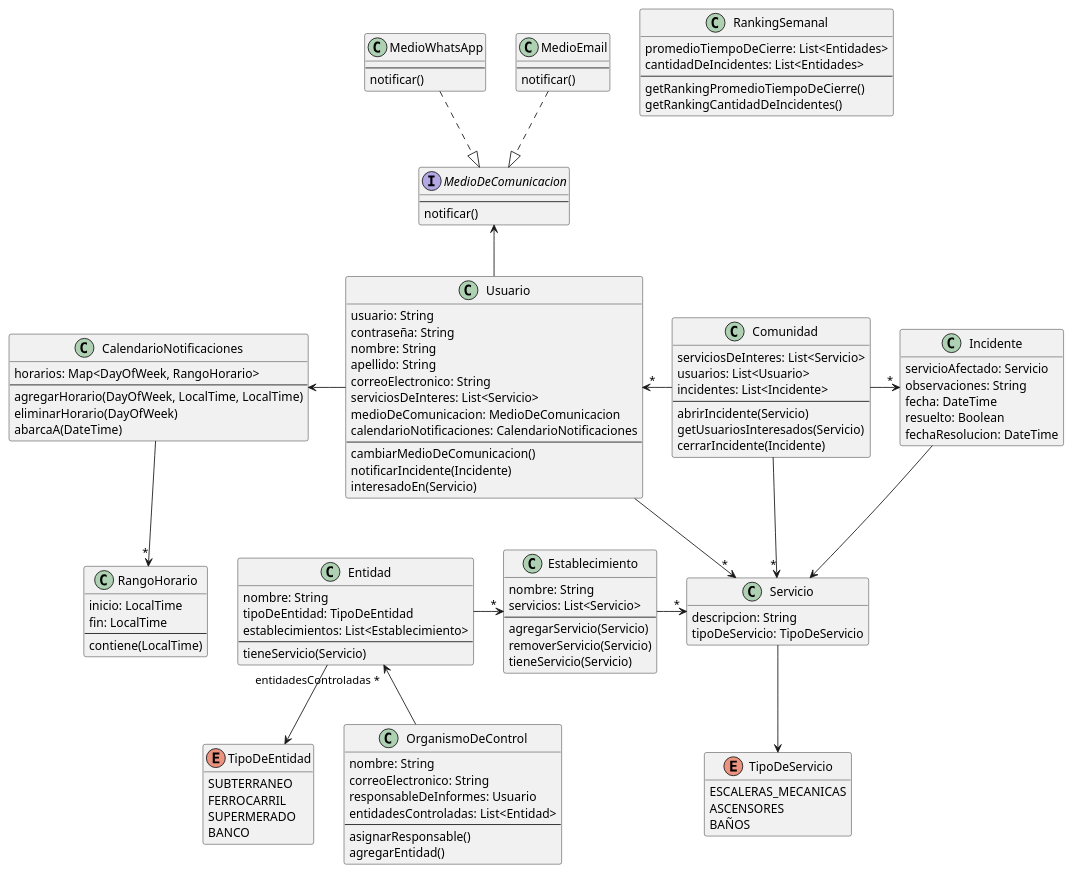
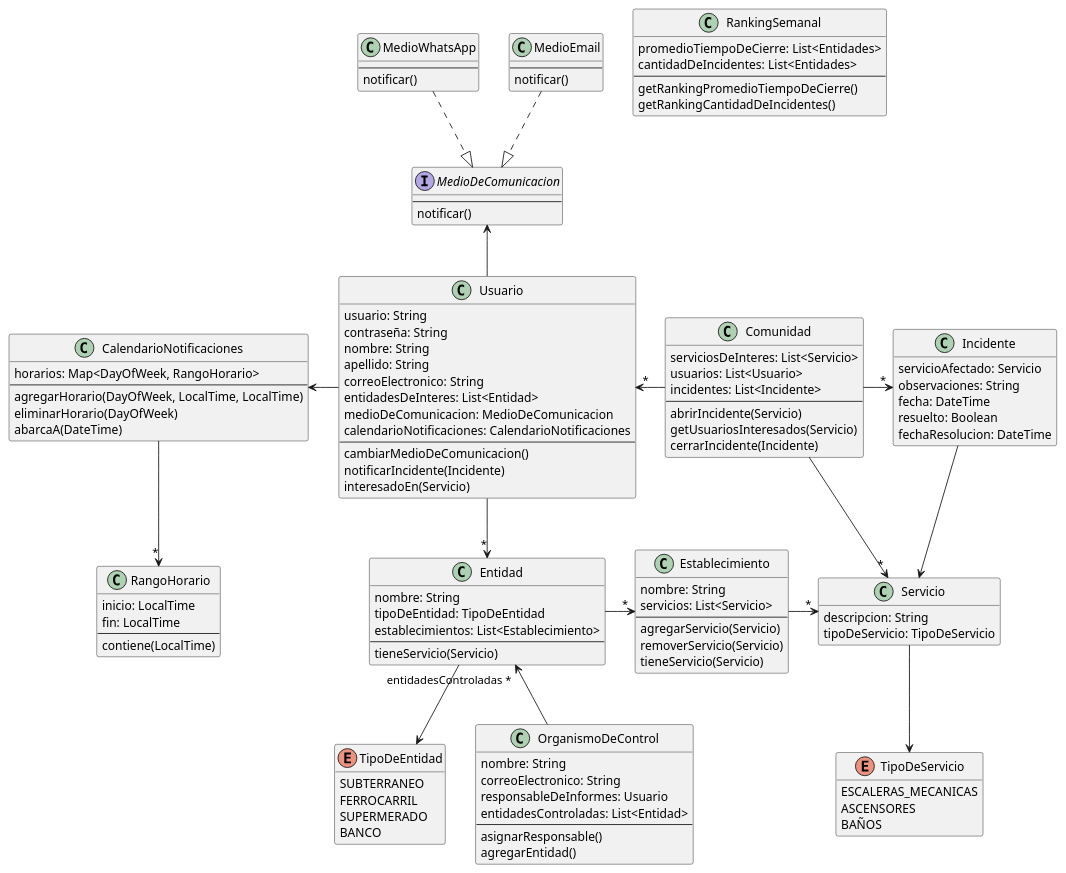
The diagram in docs/entrega-3/clases_mm.puml (ValenAquino/tp-dds-2023), drawn with PlantUML before and after one commit. The commit also changed 1 other file, not shown here.

Commit message:
refactor(usuario): cambiar serviciosDeInteres por entidadesDeInteres

```diff
--- a/docs/entrega-3/clases_mm.puml
+++ b/docs/entrega-3/clases_mm.puml
@@ -1,159 +1,159 @@
 @startuml TPA3-Clases
 
 hide empty members
 
 ' Supermercado, Centro Comunal, Banco, ...
 class Entidad {
   nombre: String
   ' localizacion: Localizacion
   tipoDeEntidad: TipoDeEntidad
   establecimientos: List<Establecimiento>
   --
   tieneServicio(Servicio)
 }
 
 ' Sucursal, Estacion, ...
 class Establecimiento {
   nombre: String
   servicios: List<Servicio>
   --
   agregarServicio(Servicio)
   removerServicio(Servicio)
   tieneServicio(Servicio)
 }
 
 class Servicio {
   descripcion: String
   tipoDeServicio: TipoDeServicio
 }
 
 enum TipoDeServicio {
   ESCALERAS_MECANICAS
   ASCENSORES
   BAÑOS
 }
 
 enum TipoDeEntidad {
   SUBTERRANEO
   FERROCARRIL
   SUPERMERADO
   BANCO
 }
 
 class Usuario {
   usuario: String
   contraseña: String
   nombre: String
   apellido: String
   correoElectronico: String
-  serviciosDeInteres: List<Servicio>
+  entidadesDeInteres: List<Entidad>
   ' localizacion: Localizacion
   medioDeComunicacion: MedioDeComunicacion
   calendarioNotificaciones: CalendarioNotificaciones
   --
   cambiarMedioDeComunicacion()
   notificarIncidente(Incidente)
   interesadoEn(Servicio)
 }
 
 class RangoHorario {
   inicio: LocalTime
   fin: LocalTime
   --
   contiene(LocalTime)
 }
 
 class CalendarioNotificaciones {
   horarios: Map<DayOfWeek, RangoHorario>
   --
   agregarHorario(DayOfWeek, LocalTime, LocalTime)
   eliminarHorario(DayOfWeek)
   abarcaA(DateTime)
 }
 
 interface MedioDeComunicacion {
   --
   notificar()
 }
 class MedioWhatsApp {
   --
   notificar()
 }
 class MedioEmail {
   --
   notificar()
 }
 
 /'
 class Localizacion {
   nombre: String
   latitud: Double
   longitud: Double
   tipoDeLocalizacion: TipoDeLocalizacion
 }
 
 enum TipoDeLocalizacion {
   DEPARTAMENTO
   MUNICIPIO
   PROVINCIA
 }
 '/
 
 class OrganismoDeControl {
   nombre: String
   correoElectronico: String
   responsableDeInformes: Usuario
   entidadesControladas: List<Entidad>
   --
   asignarResponsable()
   agregarEntidad()
 }
 
 class Incidente {
   servicioAfectado: Servicio
   observaciones: String
   fecha: DateTime
   resuelto: Boolean
   fechaResolucion: DateTime
 }
 
 class Comunidad {
   serviciosDeInteres: List<Servicio>
   usuarios: List<Usuario>
   incidentes: List<Incidente>
   --
   abrirIncidente(Servicio)
   getUsuariosInteresados(Servicio)
   cerrarIncidente(Incidente)
 }
 
 class RankingSemanal {
   promedioTiempoDeCierre: List<Entidades>
   cantidadDeIncidentes: List<Entidades>
   --
   getRankingPromedioTiempoDeCierre()
   getRankingCantidadDeIncidentes()
 }
 
 Usuario -u-> MedioDeComunicacion
 Usuario -l-> CalendarioNotificaciones
 
-Usuario ->"*" Servicio
+Usuario -->"*" Entidad
 Establecimiento ->"*" Servicio
 Comunidad ->"*" Servicio
 Incidente --> Servicio
 
 CalendarioNotificaciones -->"*" RangoHorario
 Entidad ->"*" Establecimiento
 Entidad --> TipoDeEntidad
 Servicio -d-> TipoDeServicio
 ' Localizacion <- Usuario
 ' Localizacion <- Entidad
 ' TipoDeLocalizacion -> Localizacion
 Entidad "entidadesControladas *"<-- OrganismoDeControl
 Usuario "*"<- Comunidad
 Comunidad ->"*" Incidente
 MedioWhatsApp ..|> MedioDeComunicacion
 MedioEmail ..|> MedioDeComunicacion
 
 @enduml
```
